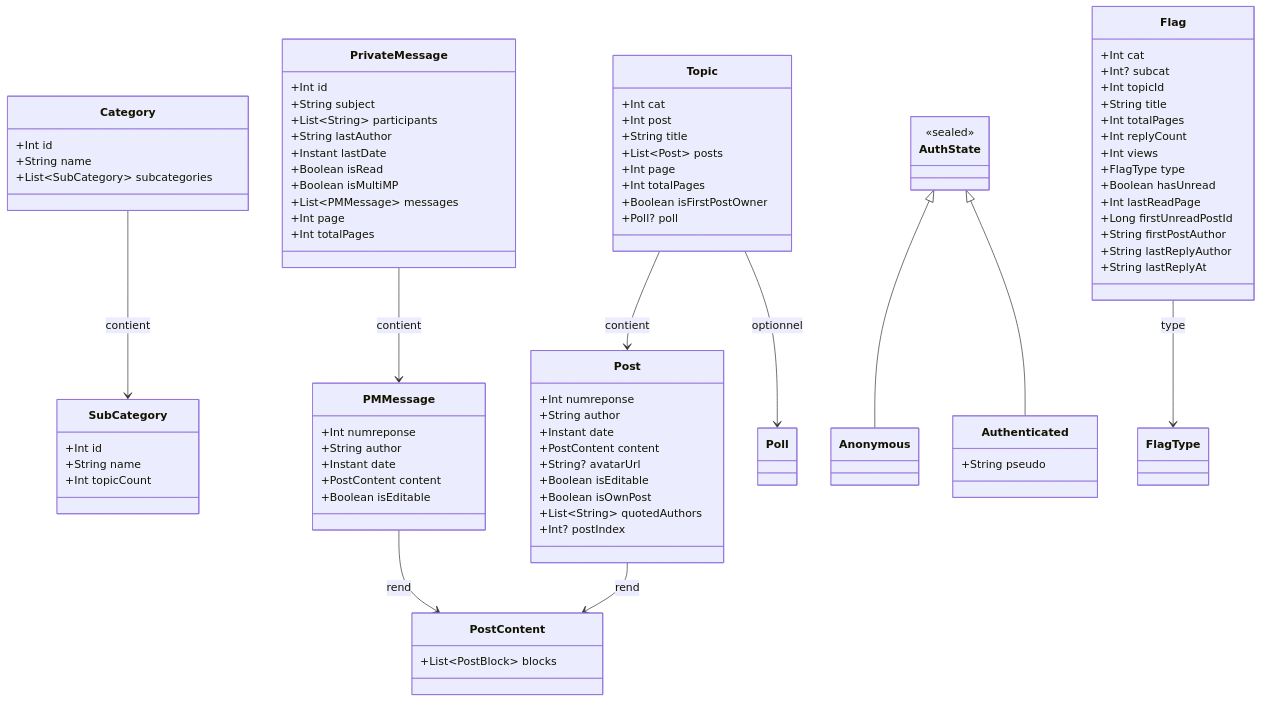
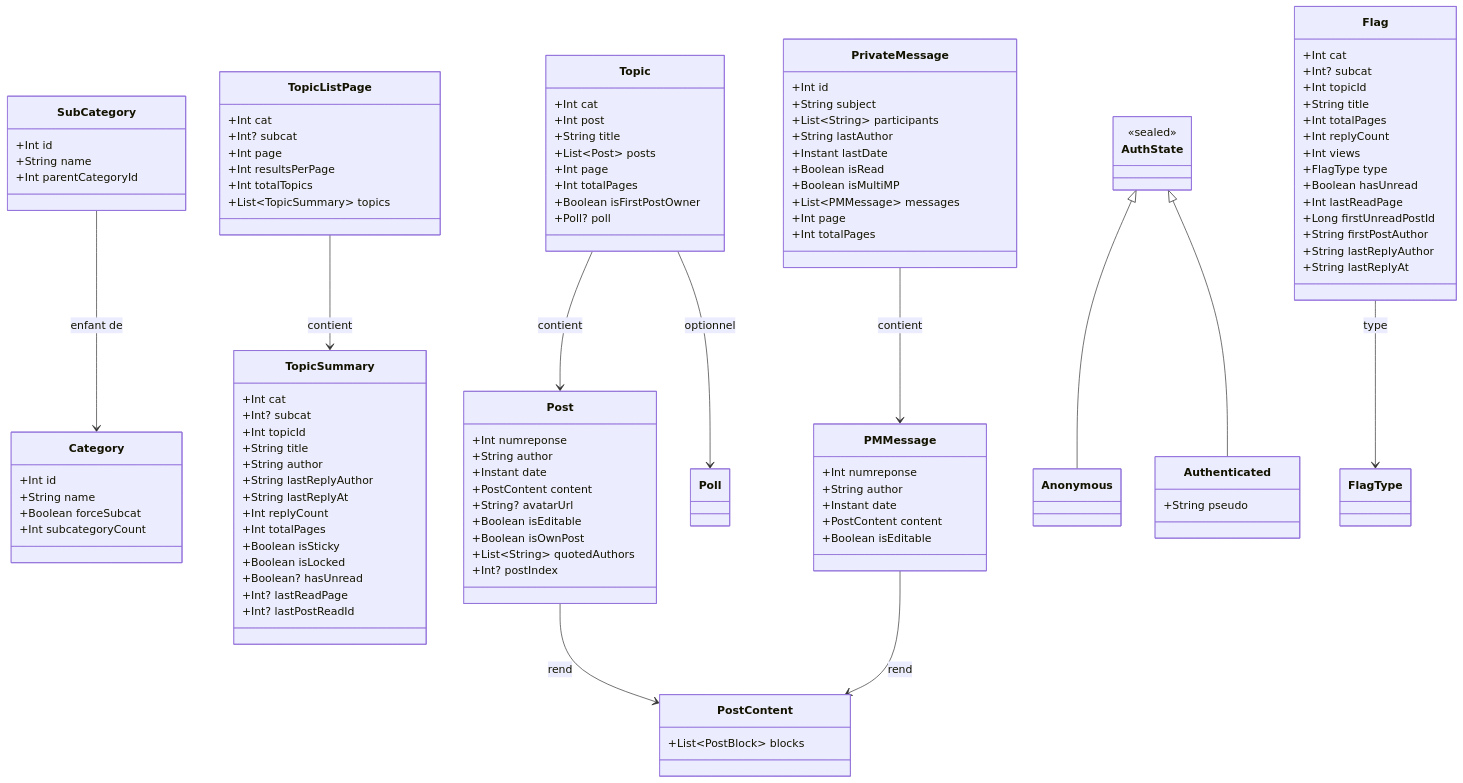
The diagram in docs/specs/models.md (ForumHFR/redface2), drawn with Mermaid before and after one commit. The commit also changed other lines of this file and 44 other files, not shown here.

```diff
--- a/docs/specs/models.md
+++ b/docs/specs/models.md
@@ -77,13 +78,40 @@
     class Category {
         +Int id
         +String name
-        +List~SubCategory~ subcategories
+        +Boolean forceSubcat
+        +Int subcategoryCount
     }
 
     class SubCategory {
         +Int id
         +String name
-        +Int topicCount
+        +Int parentCategoryId
+    }
+
+    class TopicSummary {
+        +Int cat
+        +Int? subcat
+        +Int topicId
+        +String title
+        +String author
+        +String lastReplyAuthor
+        +String lastReplyAt
+        +Int replyCount
+        +Int totalPages
+        +Boolean isSticky
+        +Boolean isLocked
+        +Boolean? hasUnread
+        +Int? lastReadPage
+        +Int? lastPostReadId
+    }
+
+    class TopicListPage {
+        +Int cat
+        +Int? subcat
+        +Int page
+        +Int resultsPerPage
+        +Int totalTopics
+        +List~TopicSummary~ topics
     }
 
     class PrivateMessage {
@@ -122,7 +150,8 @@
     PrivateMessage --> PMMessage : contient
     PMMessage --> PostContent : rend
     Topic --> Poll : optionnel
-    Category --> SubCategory : contient
+    SubCategory --> Category : enfant de
+    TopicListPage --> TopicSummary : contient
     Flag --> FlagType : type
     AuthState <|-- Anonymous
     AuthState <|-- Authenticated
```
